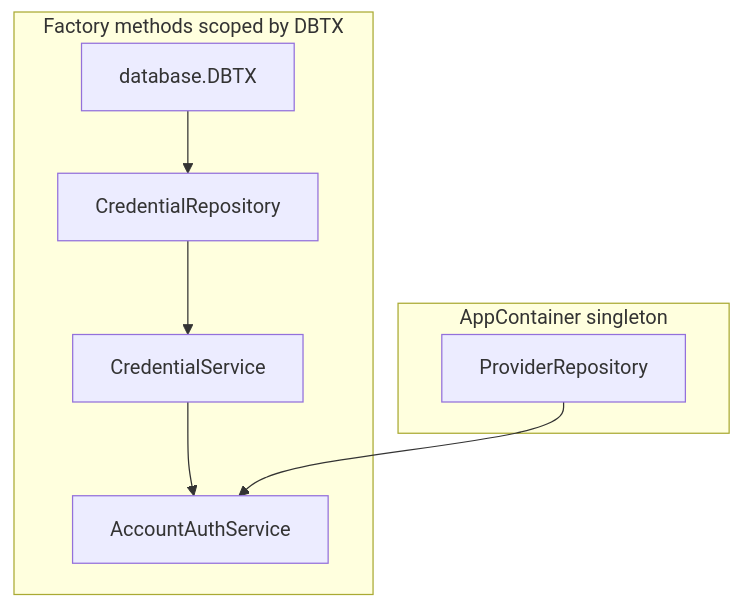
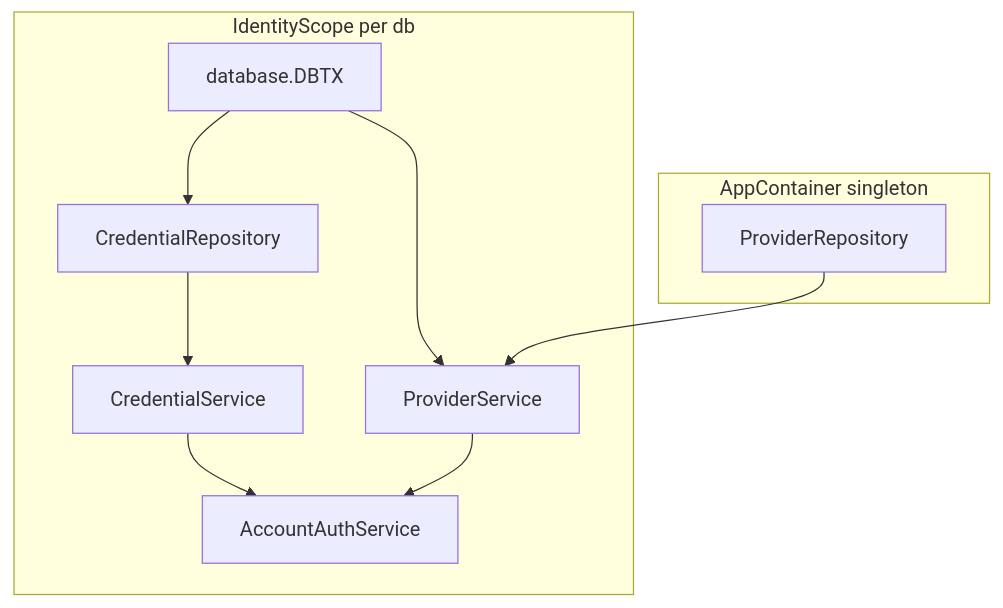
Before and after one commit to Koubae/game-hangar: the diagram in .cursor/plans/go_di_fastapi-style_ffb2e255.plan.md, drawn with Mermaid. The commit also changed other lines of this file, not shown here.

````diff
--- a/.cursor/plans/go_di_fastapi-style_ffb2e255.plan.md
+++ b/.cursor/plans/go_di_fastapi-style_ffb2e255.plan.md
@@ -38,16 +35,19 @@
 ```mermaid
 flowchart TB
   subgraph singleton [AppContainer singleton]
     PR[ProviderRepository]
   end
-  subgraph perCall [Factory methods scoped by DBTX]
+  subgraph perCall [IdentityScope per db]
     DBTX[database.DBTX]
     CR[CredentialRepository]
     CS[CredentialService]
+    PS[ProviderService]
     AS[AccountAuthService]
     DBTX --> CR
+    DBTX --> PS
     CR --> CS
     CS --> AS
-    PR --> AS
+    PS --> AS
+    PR --> PS
   end
 ```
````
